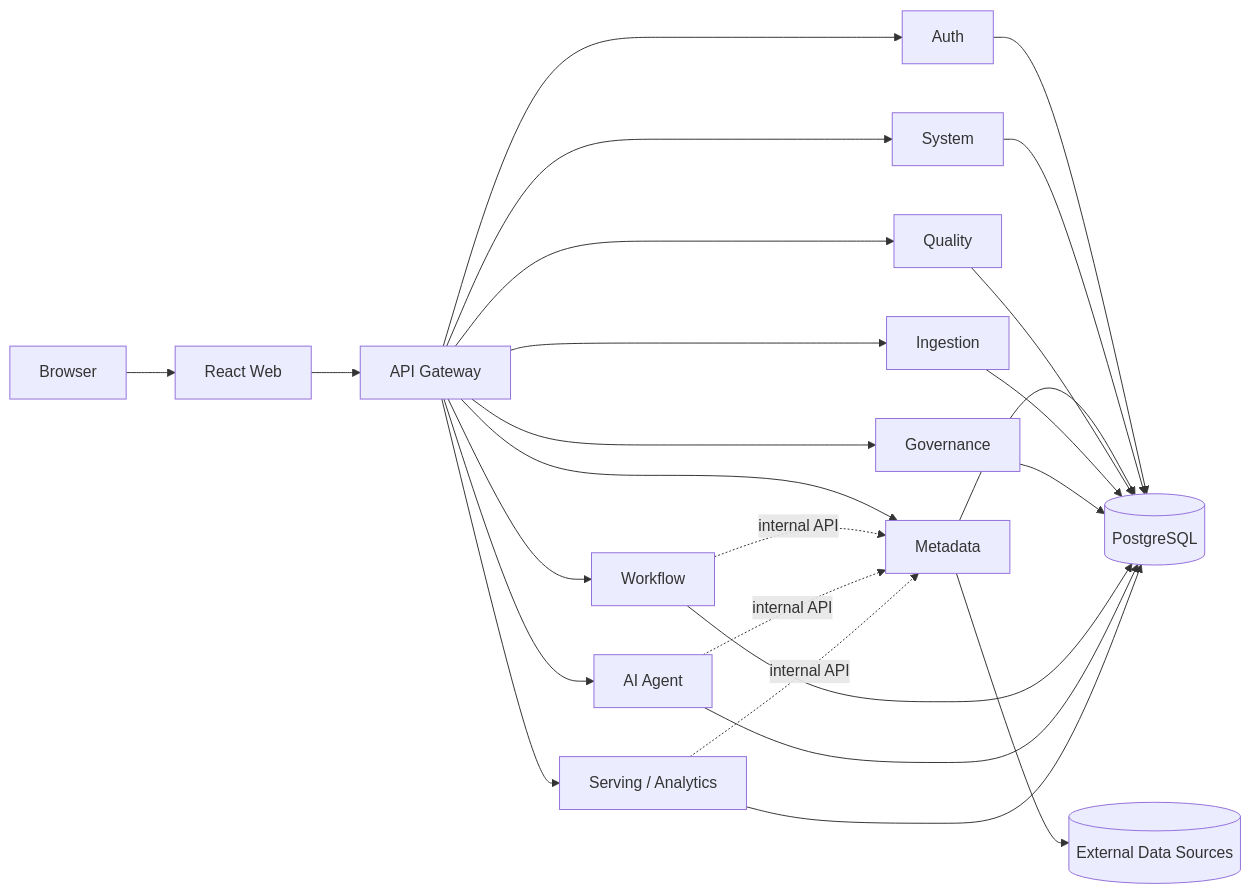
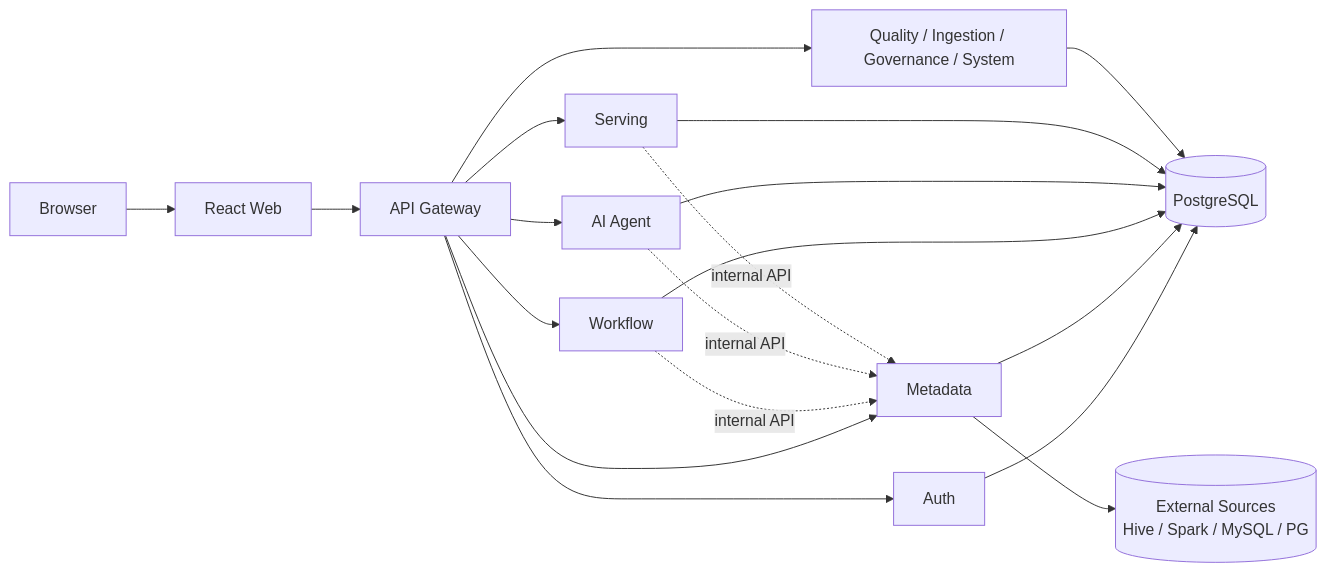
One commit to mazhuce/Aetheris changed the diagram in README.md. Above: the diagram before and after it, drawn with Mermaid. The commit also changed other lines of this file and 76 other files, not shown here.

````diff
--- a/README.md
+++ b/README.md
@@ -57,20 +81,17 @@
 ```mermaid
 flowchart LR
     U[Browser] --> W[React Web]
     W --> G[API Gateway]
     G --> A[Auth]
-    G --> S[System]
     G --> M[Metadata]
-    G --> Q[Quality]
-    G --> I[Ingestion]
-    G --> V[Governance]
     G --> F[Workflow]
     G --> AI[AI Agent]
-    G --> BI[Serving / Analytics]
+    G --> BI[Serving]
+    G --> Q[Quality / Ingestion / Governance / System]
 
-    A & S & M & Q & I & V & F & AI & BI --> P[(PostgreSQL)]
-    M --> D[(External Data Sources)]
+    A & M & F & AI & BI & Q --> P[(PostgreSQL)]
+    M --> D[(External Sources<br/>Hive / Spark / MySQL / PG)]
     F -. internal API .-> M
     AI -. internal API .-> M
     BI -. internal API .-> M
 ```
````
